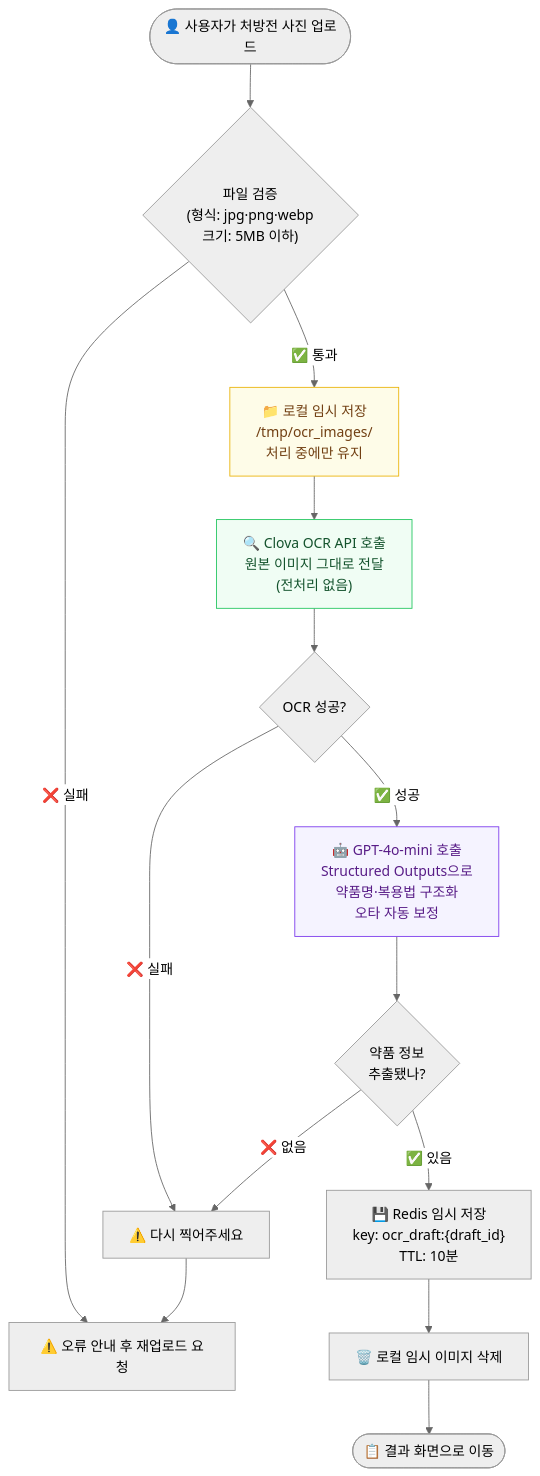
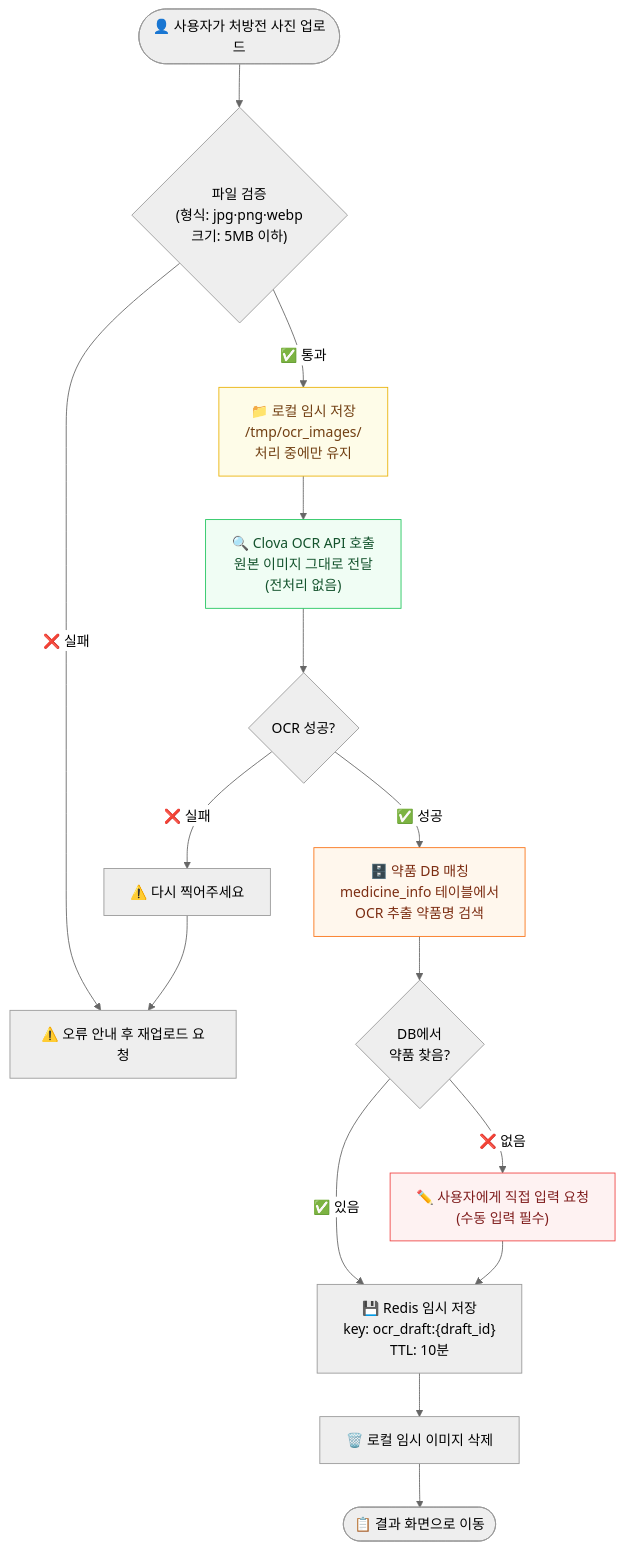
One commit to AI-HealthCare-02/AI_02_06 changed the first of 5 diagrams in docs/FLOWCHART_ADVANCED.md. Above: the diagram before and after it, drawn with Mermaid (neutral theme). The commit also changed other lines of this file and 2 other files, not shown here.

First line of the commit message:
docs: 플로우차트 임베딩 모델·OCR 파이프라인·멀티턴 전략 반영

````diff
--- a/docs/FLOWCHART_ADVANCED.md
+++ b/docs/FLOWCHART_ADVANCED.md
@@ -21,26 +21,28 @@
 ```mermaid
 flowchart TD
     INPUT(["👤 사용자가 처방전 사진 업로드"])
 
     INPUT --> VALIDATE{"파일 검증<br />(형식: jpg·png·webp<br />크기: 5MB 이하)"}
     VALIDATE -- "❌ 실패" --> ERR_VAL["⚠️ 오류 안내 후 재업로드 요청"]
     VALIDATE -- "✅ 통과" --> S_LOCAL["📁 로컬 임시 저장<br />/tmp/ocr_images/<br />처리 중에만 유지"]
 
     S_LOCAL --> OCR["🔍 Clova OCR API 호출<br />원본 이미지 그대로 전달<br />(전처리 없음)"]
     OCR --> OCR_RESULT{"OCR 성공?"}
     OCR_RESULT -- "❌ 실패" --> ERR_OCR["⚠️ 다시 찍어주세요"]
-    OCR_RESULT -- "✅ 성공" --> LLM["🤖 GPT-4o-mini 호출<br />Structured Outputs으로<br />약품명·복용법 구조화<br />오타 자동 보정"]
+    OCR_RESULT -- "✅ 성공" --> DB_MATCH["🗄️ 약품 DB 매칭<br />medicine_info 테이블에서<br />OCR 추출 약품명 검색"]
 
-    LLM --> LLM_RESULT{"약품 정보<br />추출됐나?"}
-    LLM_RESULT -- "❌ 없음" --> ERR_OCR
-    LLM_RESULT -- "✅ 있음" --> REDIS["💾 Redis 임시 저장<br />key: ocr_draft:{draft_id}<br />TTL: 10분"]
+    DB_MATCH --> MATCH_RESULT{"DB에서<br />약품 찾음?"}
+    MATCH_RESULT -- "✅ 있음" --> REDIS["💾 Redis 임시 저장<br />key: ocr_draft:{draft_id}<br />TTL: 10분"]
+    MATCH_RESULT -- "❌ 없음" --> USER_INPUT["✏️ 사용자에게 직접 입력 요청<br />(수동 입력 필수)"]
+    USER_INPUT --> REDIS
 
     REDIS --> CLEANUP["🗑️ 로컬 임시 이미지 삭제"]
     CLEANUP --> RESULT(["📋 결과 화면으로 이동"])
 
     ERR_OCR --> ERR_VAL
 
     style S_LOCAL fill:#fefce8,stroke:#eab308,color:#713f12
     style OCR fill:#f0fdf4,stroke:#22c55e,color:#14532d
-    style LLM fill:#f5f3ff,stroke:#7c3aed,color:#581c87
+    style DB_MATCH fill:#fff7ed,stroke:#f97316,color:#7c2d12
+    style USER_INPUT fill:#fef2f2,stroke:#ef4444,color:#7f1d1d
 ```
````
